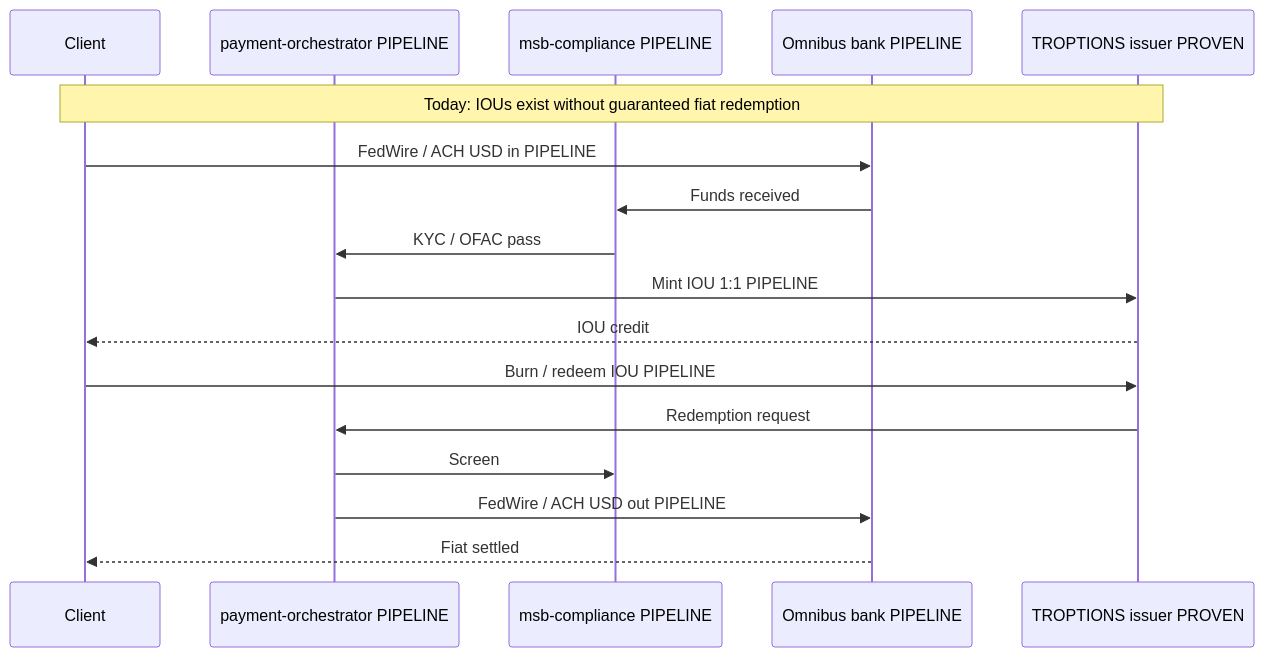
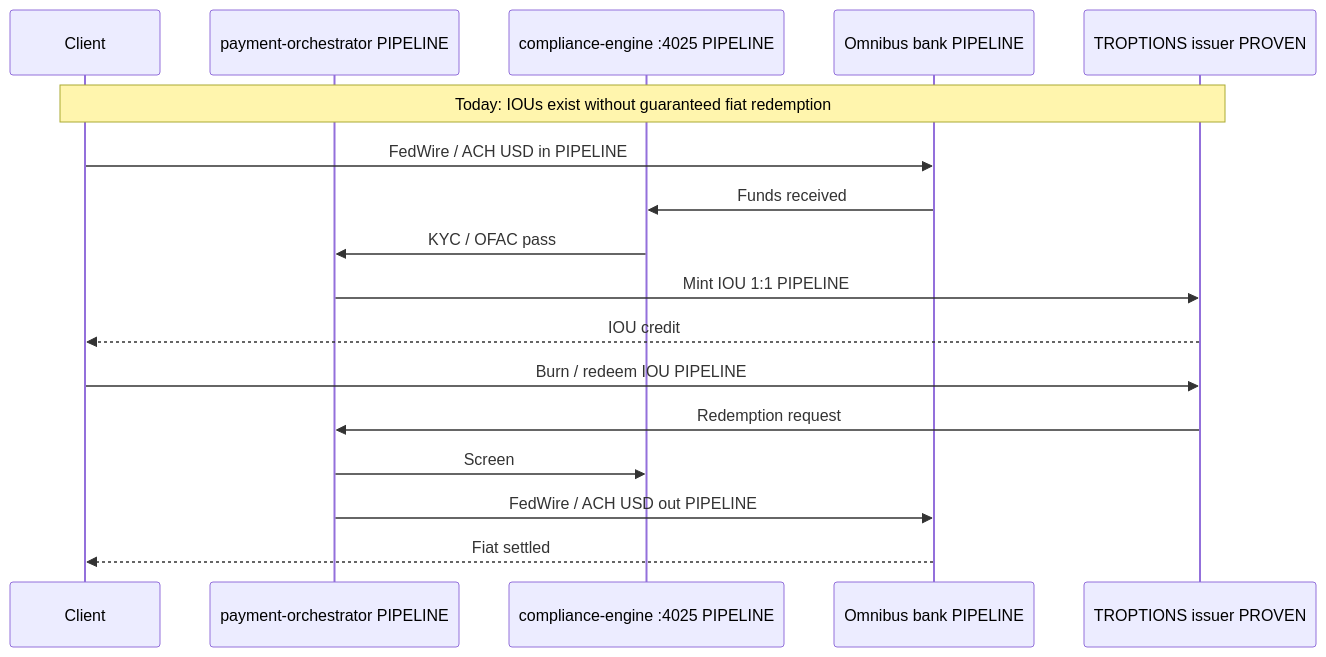
Before and after one commit to FTHTrading/Troptions-full-pack: the second of 3 diagrams in docs/technical/MSB_FIAT_RAILS.md, drawn with Mermaid. The commit also changed other lines of this file and 27 other files, not shown here.

````diff
--- a/docs/technical/MSB_FIAT_RAILS.md
+++ b/docs/technical/MSB_FIAT_RAILS.md
@@ -69,22 +69,22 @@
 ```mermaid
 sequenceDiagram
   participant Client
   participant PO as payment-orchestrator PIPELINE
-  participant CMP as msb-compliance PIPELINE
+  participant CMP as compliance-engine :4025 PIPELINE
   participant Bank as Omnibus bank PIPELINE
   participant XRPL as TROPTIONS issuer PROVEN
 
   Note over Client,XRPL: Today: IOUs exist without guaranteed fiat redemption
 
   Client->>Bank: FedWire / ACH USD in PIPELINE
   Bank->>CMP: Funds received
   CMP->>PO: KYC / OFAC pass
   PO->>XRPL: Mint IOU 1:1 PIPELINE
   XRPL-->>Client: IOU credit
 
   Client->>XRPL: Burn / redeem IOU PIPELINE
   XRPL->>PO: Redemption request
   PO->>CMP: Screen
   PO->>Bank: FedWire / ACH USD out PIPELINE
   Bank-->>Client: Fiat settled
 ```
````
